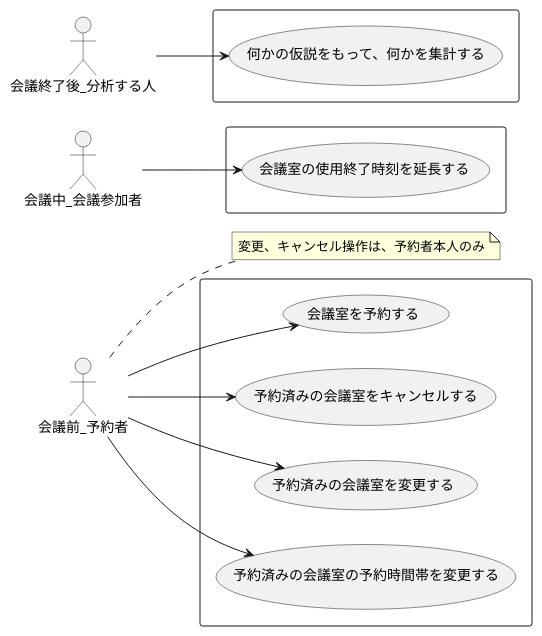
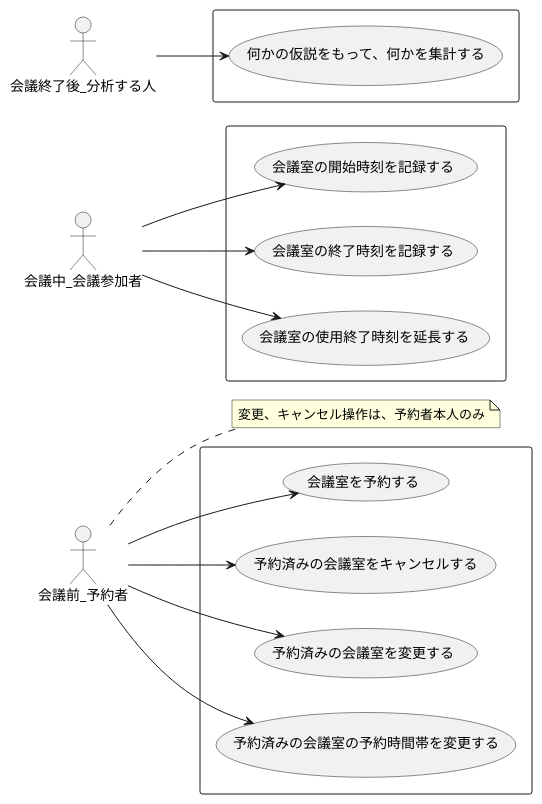
The diagram in diagram/ユースケース.puml (ModelingKai/meeting-room-python), drawn with PlantUML before and after one commit. The commit also changed 2 other files, not shown here.

Commit message:
業務フロー図を参考にドメインモデルとユースケースを更新。「使用実績」という概念を発見した。
- 使用実績について
    - 使用実績のプロパティとかはちょっと怪しいけど、とりあえず要素出揃った感じがある
    - ルール3が「予約」から「使用実績」に移されたのは大きい変化だと思う
    - これをもって、いよいよ、「会議室を予約する」ユースケースが実装できそうな予感
- 感想
    - 業務フロー図からドメインモデルへのフィードバック作戦は使えるぞ！
        - 業務フロー図が強いのは、ユースケースを複合的に見れる点
            - ユースケース図とドメインモデル図を見ているだけでは、判断つかないことは多い
            - 一方、ユースケースを複合的にみると、違和感や置き場所がハッキリする効用がある
    - どういう分析をしたいかによって、集めるデータが変わってくるのも発見！
        - 今回は、単純に「なるべく多くのデータを収集する戦略」を採用
    - 業務フロー図において、アクターの能動的な行動を色塗った
        - これが RDRA2.0 の ユースケース複合図みたいになっていきそう
- @jnuank
    - 使用実績のドメインモデルを書いたけど、「会議室を予約する」を実装するときはスルーできそう
        - スコープがよりハッキリしたと思う！
        - 「会議室を予約する」を実装するときに、「使用実績」は気にしなくていいはず(これは嬉しい！)
        - やらなくていいことをハッキリさせたのってめっちゃ凄くない？ 我ら。

```diff
--- a/diagram/ユースケース.puml
+++ b/diagram/ユースケース.puml
@@ -1,24 +1,26 @@
 @startuml
 left to right direction
 
 actor 会議前_予約者 as a1
 note right : 変更、キャンセル操作は、予約者本人のみ
 actor 会議中_会議参加者  as a3
 actor 会議終了後_分析する人 as a2
 
 rectangle {
     a1 --> (会議室を予約する)
     a1 --> (予約済みの会議室をキャンセルする)
     a1 --> (予約済みの会議室を変更する)
     a1 --> (予約済みの会議室の予約時間帯を変更する)
 }
 
 rectangle {
     a2 --> (何かの仮説をもって、何かを集計する)
 }
 
 rectangle {
+    a3 --> (会議室の開始時刻を記録する)
+    a3 --> (会議室の終了時刻を記録する)
     a3 --> (会議室の使用終了時刻を延長する)
 }
 
 @enduml
```
